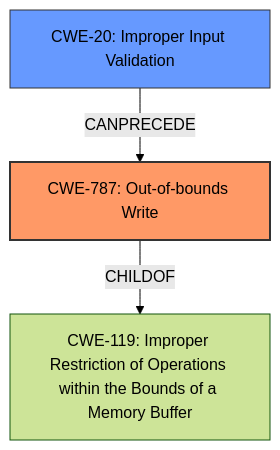
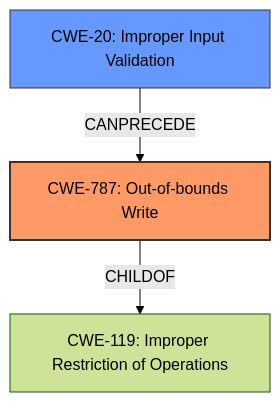
Before and after one commit to CyberSecAI/cwe_agent_assign_reports_2023: the diagram in CVE-2021-1675/CVE-2021-1675_analysis.md, drawn with Mermaid (forest theme). The commit also changed other lines of this file and 902 other files, not shown here.

````diff
--- a/CVE-2021-1675/CVE-2021-1675_analysis.md
+++ b/CVE-2021-1675/CVE-2021-1675_analysis.md
@@ -17,14 +17,15 @@
 ```mermaid
 graph TD
     cwe787["CWE-787: Out-of-bounds Write"]
-    cwe119["CWE-119: Improper Restriction of Operations within the Bounds of a Memory Buffer"]
+    cwe119["CWE-119: Improper Restriction of Operations"]
     cwe20["CWE-20: Improper Input Validation"]
     
     cwe787 -->|CHILDOF| cwe119
     cwe20 -->|CANPRECEDE| cwe787
     
     classDef primary fill:#f96,stroke:#333,stroke-width:2px
     classDef secondary fill:#69f,stroke:#333
+    classDef tertiary fill:#9e9,stroke:#333
     class cwe787 primary
     class cwe20 secondary
 ```
````
